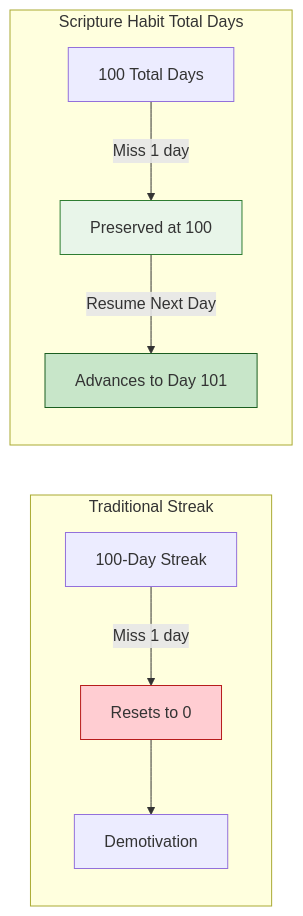
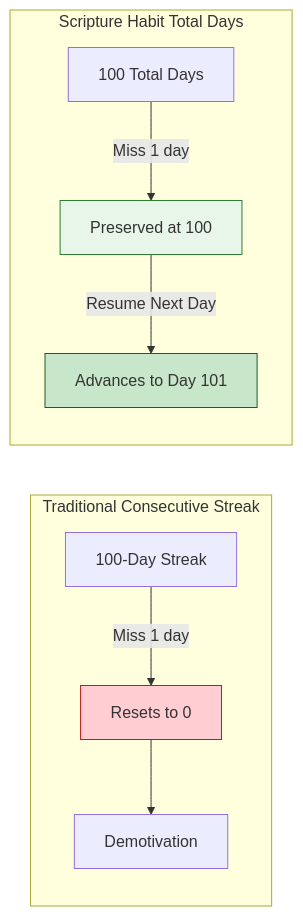
Before and after one commit to ScriptureHabit/scripture-habit: the second of 3 diagrams in docs/logic-milestone-retention.md, drawn with Mermaid. The commit also changed other lines of this file and 5 other files, not shown here.

Commit message:
fix(docs): standardize Mermaid subgraph identifiers and quoting across all UX documentation

````diff
--- a/docs/logic-milestone-retention.md
+++ b/docs/logic-milestone-retention.md
@@ -38,14 +38,14 @@
 ```mermaid
 graph LR
-    subgraph Traditional Streak
-        S1[100-Day Streak] -->|Miss 1 day| S2[Resets to 0] --> S3[Demotivation]
+    subgraph SG_Trad["Traditional Consecutive Streak"]
+        S1["100-Day Streak"] -->|"Miss 1 day"| S2["Resets to 0"] --> S3["Demotivation"]
     end
 
-    subgraph Scripture Habit Total Days
-        H1[100 Total Days] -->|Miss 1 day| H2[Preserved at 100] -->|Resume Next Day| H3[Advances to Day 101]
+    subgraph SG_Total["Scripture Habit Total Days"]
+        H1["100 Total Days"] -->|"Miss 1 day"| H2["Preserved at 100"] -->|"Resume Next Day"| H3["Advances to Day 101"]
     end
 
     style S2 fill:#ffcdd2,stroke:#b71c1c
     style H2 fill:#e8f5e9,stroke:#2e7d32
     style H3 fill:#c8e6c9,stroke:#1b5e20
 ```
````
